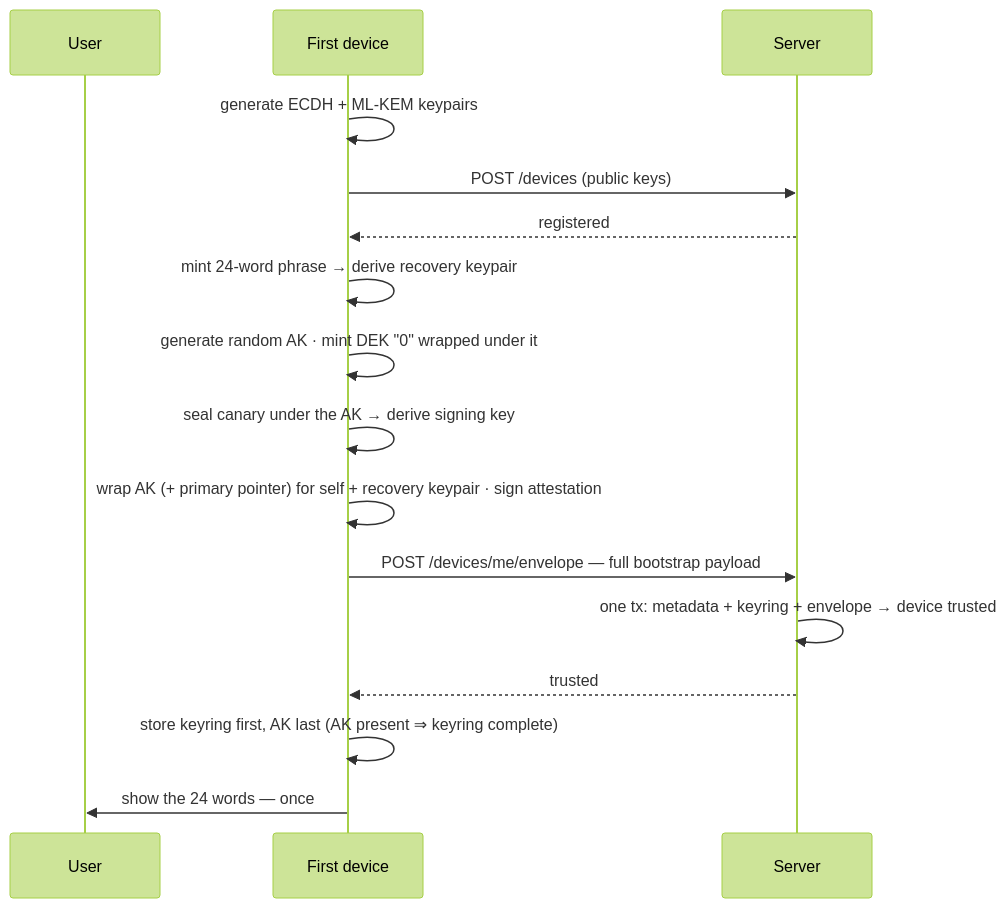
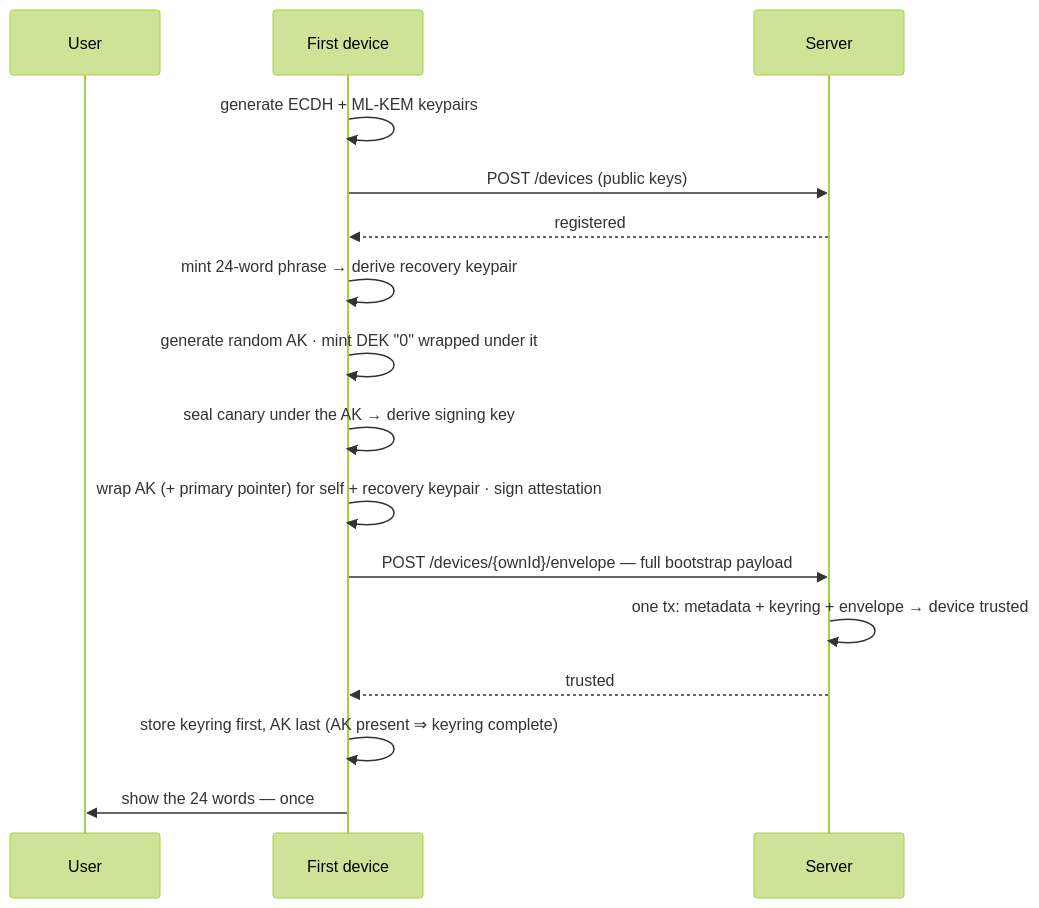
Before and after one commit to thunderbird/thunderbolt: the seventh of 9 diagrams in docs/architecture/e2e-encryption.md, drawn with Mermaid (forest theme). The commit also changed other lines of this file and 19 other files, not shown here.

````diff
--- a/docs/architecture/e2e-encryption.md
+++ b/docs/architecture/e2e-encryption.md
@@ -473,18 +473,18 @@
 ```mermaid
 sequenceDiagram
     participant U as User
     participant D as First device
     participant S as Server
     D->>D: generate ECDH + ML-KEM keypairs
     D->>S: POST /devices (public keys)
     S-->>D: registered
     D->>D: mint 24-word phrase → derive recovery keypair
     D->>D: generate random AK · mint DEK "0" wrapped under it
     D->>D: seal canary under the AK → derive signing key
     D->>D: wrap AK (+ primary pointer) for self + recovery keypair · sign attestation
-    D->>S: POST /devices/me/envelope — full bootstrap payload
+    D->>S: POST /devices/{ownId}/envelope — full bootstrap payload
     S->>S: one tx: metadata + keyring + envelope → device trusted
     S-->>D: trusted
     D->>D: store keyring first, AK last (AK present ⇒ keyring complete)
     D->>U: show the 24 words — once
 ```
````
